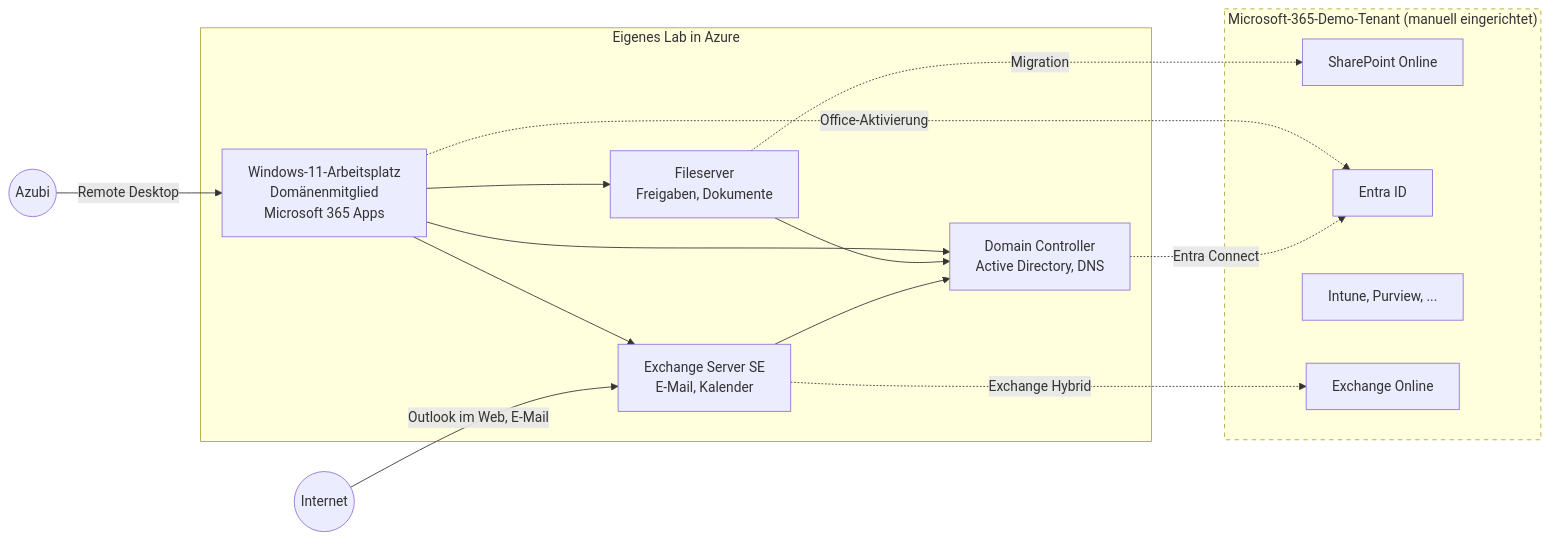
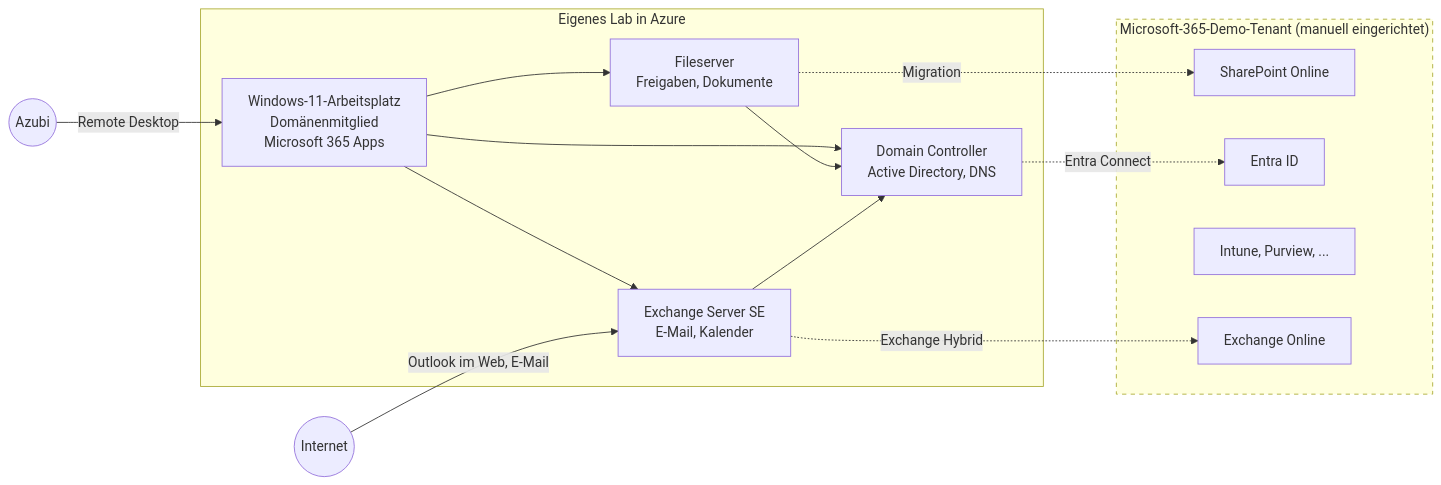
The second of 2 diagrams in readme.md (sredlin/TraineeLab), drawn with Mermaid before and after one commit. The commit also changed other lines of this file, not shown here.

Commit message:
docs(readme): drop the Office activation edge from the diagram

````diff
--- a/readme.md
+++ b/readme.md
@@ -215,27 +214,26 @@
 ```mermaid
 flowchart LR
     subgraph LAB[Eigenes Lab in Azure]
         CL[Windows-11-Arbeitsplatz<br/>Domänenmitglied<br/>Microsoft 365 Apps]
         FS[Fileserver<br/>Freigaben, Dokumente]
         DC[Domain Controller<br/>Active Directory, DNS]
         EX[Exchange Server SE<br/>E-Mail, Kalender]
         CL --> FS
         CL --> DC
         CL --> EX
         FS --> DC
         EX --> DC
     end
     subgraph M365["Microsoft-365-Demo-Tenant (manuell eingerichtet)"]
         SPO[SharePoint Online]
         ENTRA[Entra ID]
         MORE["Intune, Purview, ..."]
         EXO[Exchange Online]
     end
     AZUBI((Azubi)) -->|Remote Desktop| CL
     INTERNET((Internet)) -->|Outlook im Web, E-Mail| EX
     FS -.->|Migration| SPO
-    CL -.->|Office-Aktivierung| ENTRA
     DC -.->|Entra Connect| ENTRA
     EX -.->|Exchange Hybrid| EXO
     style M365 stroke-dasharray: 5 5
 ```
````
